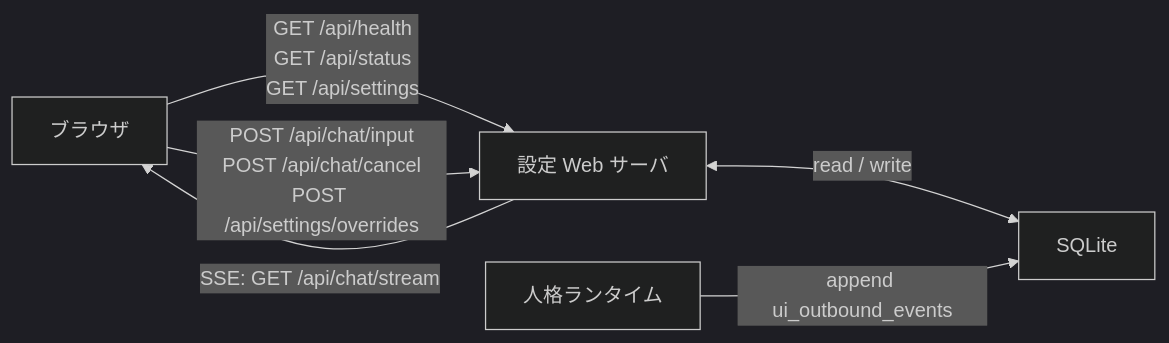
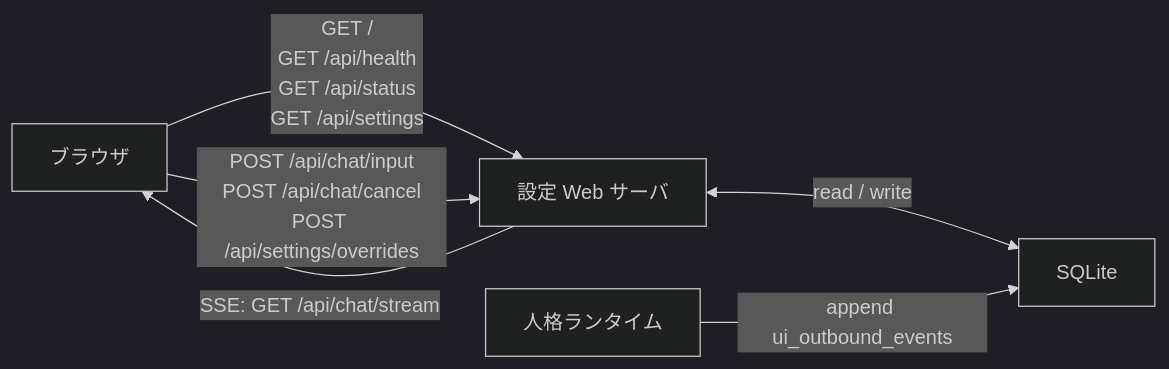
One commit to hirona98/OtomeKairo changed the diagram in docs/35_WebAPI仕様.md. Above: the diagram before and after it, drawn with Mermaid (dark theme). The commit also changed other lines of this file and 6 other files, not shown here.

````diff
--- a/docs/35_WebAPI仕様.md
+++ b/docs/35_WebAPI仕様.md
@@ -86,8 +87,8 @@
 ```mermaid
 flowchart LR
-    browser["ブラウザ"] -->|"GET /api/health\nGET /api/status\nGET /api/settings"| web["設定 Web サーバ"]
+    browser["ブラウザ"] -->|"GET /\nGET /api/health\nGET /api/status\nGET /api/settings"| web["設定 Web サーバ"]
     browser -->|"POST /api/chat/input\nPOST /api/chat/cancel\nPOST /api/settings/overrides"| web
     web <-->|read / write| db["SQLite"]
     runtime["人格ランタイム"] -->|"append ui_outbound_events"| db
     web -->|"SSE: GET /api/chat/stream"| browser
 ```
````
